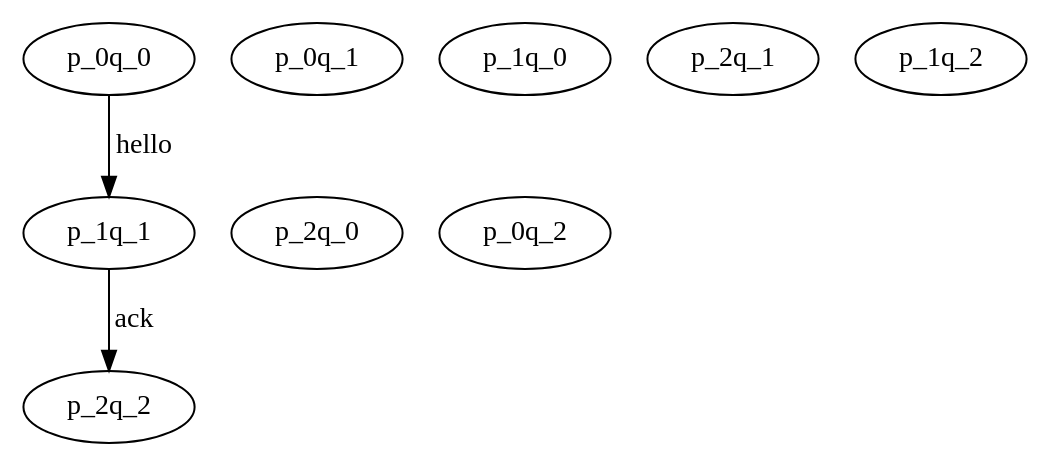
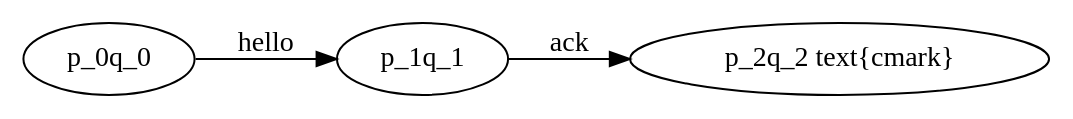
The diagram in doc/dot/CommunicationOperator/Allow.dot (hhassan1/ConcurrentSystemsTFG), drawn with Graphviz before and after one commit. The commit also changed 76 other files, not shown here.

```diff
--- a/doc/dot/CommunicationOperator/Allow.dot
+++ b/doc/dot/CommunicationOperator/Allow.dot
@@ -1,7 +1,6 @@
 digraph LTSAllow {
     p_0q_0 -> p_1q_1 [label="hello"];
     p_1q_1 -> p_2q_2 [label="ack"];
-    {rank = same; p_0q_1; p_1q_0}
-    {rank = same; p_2q_0; p_1q_1; p_0q_2}
-    {rank = same; p_2q_1; p_1q_2}
+    p_2q_2 [label="p_2q_2 \text{\cmark}"]
+    rankdir=LR;
 }
```
